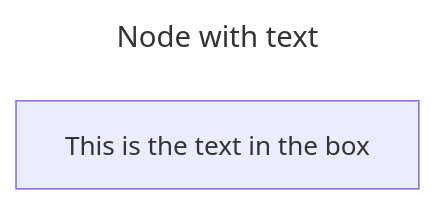
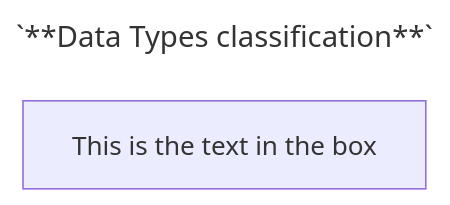
Before and after one commit to ssahu200122/Obsidian-vault: the diagram in Notes/OSSU/Core CS/Core Programming/Systemactic Program design/HtDD.md, drawn with Mermaid.

Commit message:
vault backup: 2025-03-06 22:14:31

````diff
--- a/Notes/OSSU/Core CS/Core Programming/Systemactic Program design/HtDD.md
+++ b/Notes/OSSU/Core CS/Core Programming/Systemactic Program design/HtDD.md
@@ -164,8 +164,8 @@
 ```mermaid
 ---
-title: Node with text
+title: "`**Data Types classification**`"
 ---
 flowchart LR
     id1[This is the text in the box]
 
 ```
````
